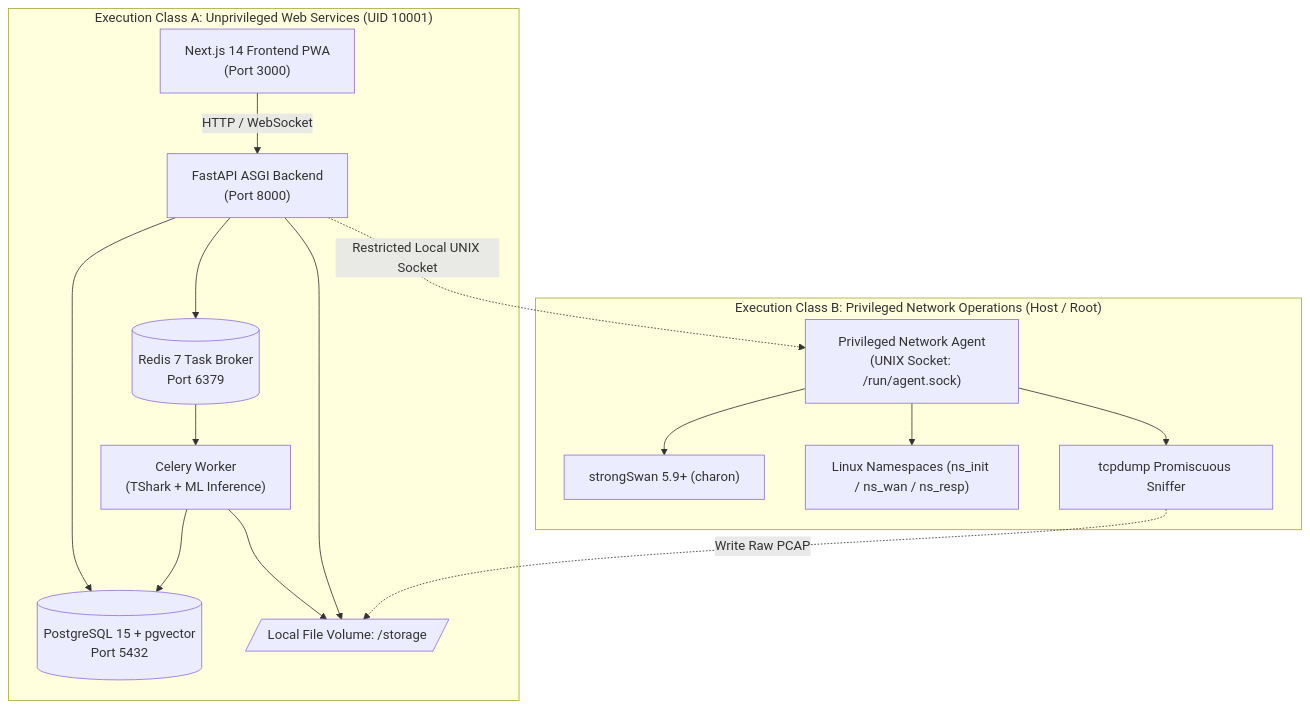
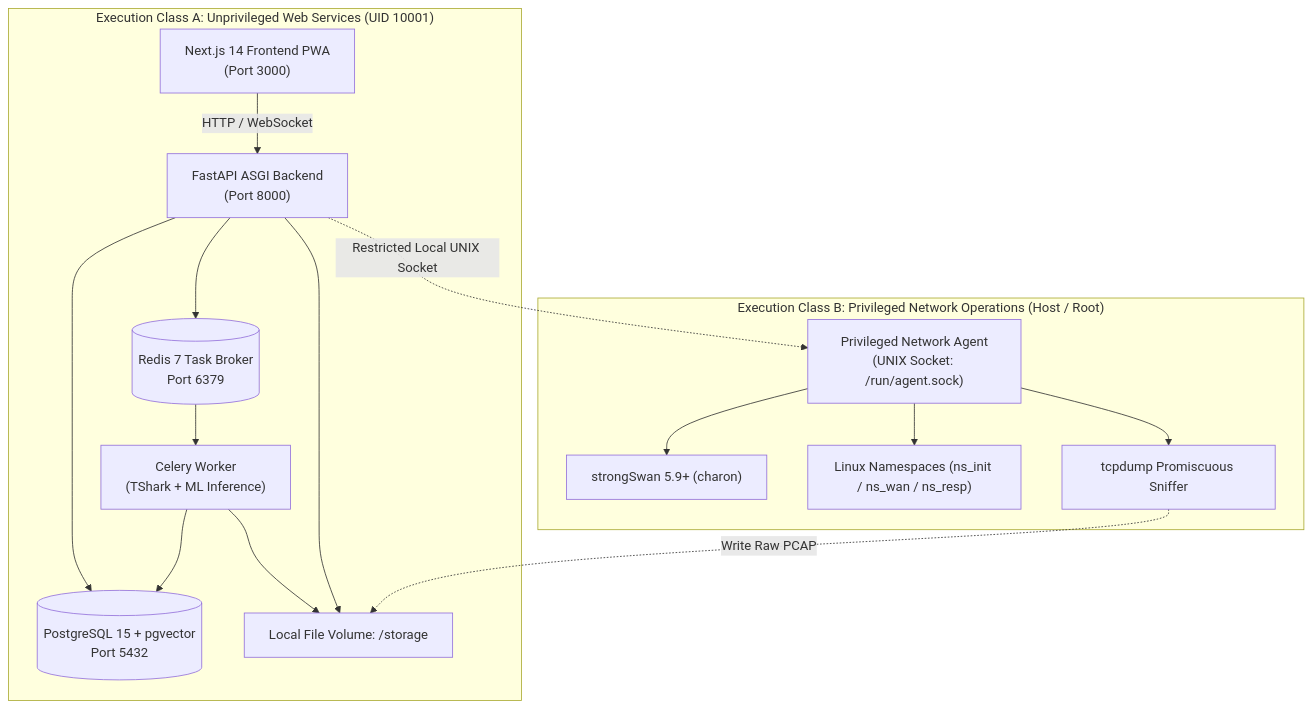
The diagram in PROJECT_MEMORY.md (sharancode3/TunnelTrace-AI), drawn with Mermaid before and after one commit. The commit also changed 14 other files, not shown here.

Commit message:
fix(docs): standardize all Mermaid diagram syntax for GitHub rendering

````diff
--- a/PROJECT_MEMORY.md
+++ b/PROJECT_MEMORY.md
@@ -221,32 +221,34 @@
 ```mermaid
+
 graph TD
-    subgraph "Execution Class A: Unprivileged Web Services (UID 10001)"
-        UI["Next.js 14 Frontend PWA<br>(Port 3000)"]
-        API["FastAPI ASGI Backend<br>(Port 8000)"]
-        WORKER["Celery Worker<br>(TShark + ML Inference)"]
-        DB[(PostgreSQL 15 + pgvector<br>Port 5432)]
-        REDIS[(Redis 7 Task Broker<br>Port 6379)]
-        STORAGE[/Local File Volume: /storage/]
+    subgraph Execution_Class_A__Unprivileged_Web_Services__UID_10001 ["Execution Class A: Unprivileged Web Services (UID 10001)"]
+        UI["Next.js 14 Frontend PWA<br/>(Port 3000)"]
+        API["FastAPI ASGI Backend<br/>(Port 8000)"]
+        WORKER["Celery Worker<br/>(TShark + ML Inference)"]
+        DB[("PostgreSQL 15 + pgvector<br/>Port 5432")]
+        REDIS[("Redis 7 Task Broker<br/>Port 6379")]
+        STORAGE["Local File Volume: /storage"]
     end
 
-    subgraph "Execution Class B: Privileged Network Operations (Host / Root)"
-        AGENT["Privileged Network Agent<br>(UNIX Socket: /run/agent.sock)"]
+    subgraph Execution_Class_B__Privileged_Network_Operations__Host___Root ["Execution Class B: Privileged Network Operations (Host / Root)"]
+        AGENT["Privileged Network Agent<br/>(UNIX Socket: /run/agent.sock)"]
         SWAN["strongSwan 5.9+ (charon)"]
         NETNS["Linux Namespaces (ns_init / ns_wan / ns_resp)"]
         SNIFF["tcpdump Promiscuous Sniffer"]
     end
 
-    UI -->|HTTP / WebSocket| API
+    UI -->|"HTTP / WebSocket"| API
     API --> DB
     API --> REDIS
     REDIS --> WORKER
     WORKER --> DB
     WORKER --> STORAGE
     API --> STORAGE
     
-    API -.->|Restricted Local UNIX Socket| AGENT
+    API -.->|"Restricted Local UNIX Socket"| AGENT
     AGENT --> SWAN
     AGENT --> NETNS
     AGENT --> SNIFF
-    SNIFF -.->|Write Raw PCAP| STORAGE
+    SNIFF -.->|"Write Raw PCAP"| STORAGE
+
 ```
````
